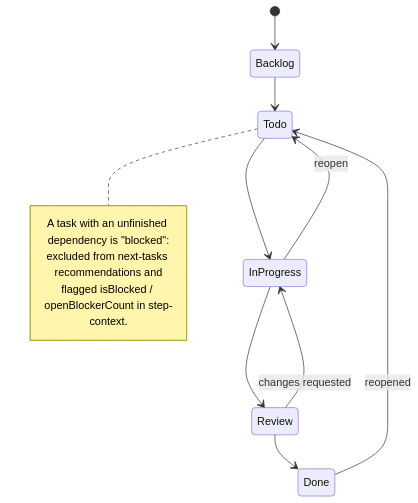
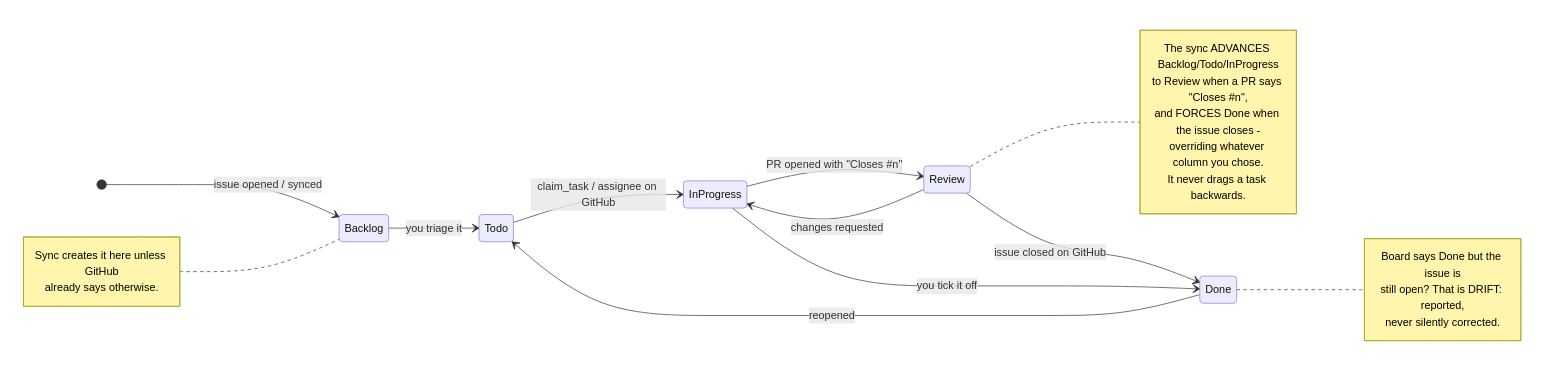
Before and after one commit to joelfuller2016/KanbanFlow-v2: the second of 2 diagrams in README.md, drawn with Mermaid. The commit also changed other lines of this file and 1 other file, not shown here.

First line of the commit message:
docs: rewrite README around "GitHub, visualized" + add docs/ARCHITECTURE.md

````diff
--- a/README.md
+++ b/README.md
@@ -229,16 +283,33 @@
 ```mermaid
 stateDiagram-v2
-    [*] --> Backlog
-    Backlog --> Todo
-    Todo --> InProgress
-    InProgress --> Review
-    Review --> Done
-    InProgress --> Todo : reopen
+    direction LR
+
+    [*] --> Backlog : issue opened / synced
+    Backlog --> Todo : you triage it
+    Todo --> InProgress : claim_task / assignee on GitHub
+    InProgress --> Review : PR opened with "Closes #n"
+    Review --> Done : issue closed on GitHub
+    InProgress --> Done : you tick it off
+
     Review --> InProgress : changes requested
     Done --> Todo : reopened
-    note right of Todo
-      A task with an unfinished dependency is "blocked":
-      excluded from next-tasks recommendations and
-      flagged isBlocked / openBlockerCount in step-context.
+
+    note left of Backlog
+        Sync creates it here unless GitHub
+        already says otherwise.
+    end note
+
+    note right of Review
+        The sync ADVANCES Backlog/Todo/InProgress
+        to Review when a PR says "Closes #n",
+        and FORCES Done when the issue closes -
+        overriding whatever column you chose.
+        It never drags a task backwards.
+    end note
+
+    note right of Done
+        Board says Done but the issue is
+        still open? That is DRIFT: reported,
+        never silently corrected.
     end note
 ```
````
